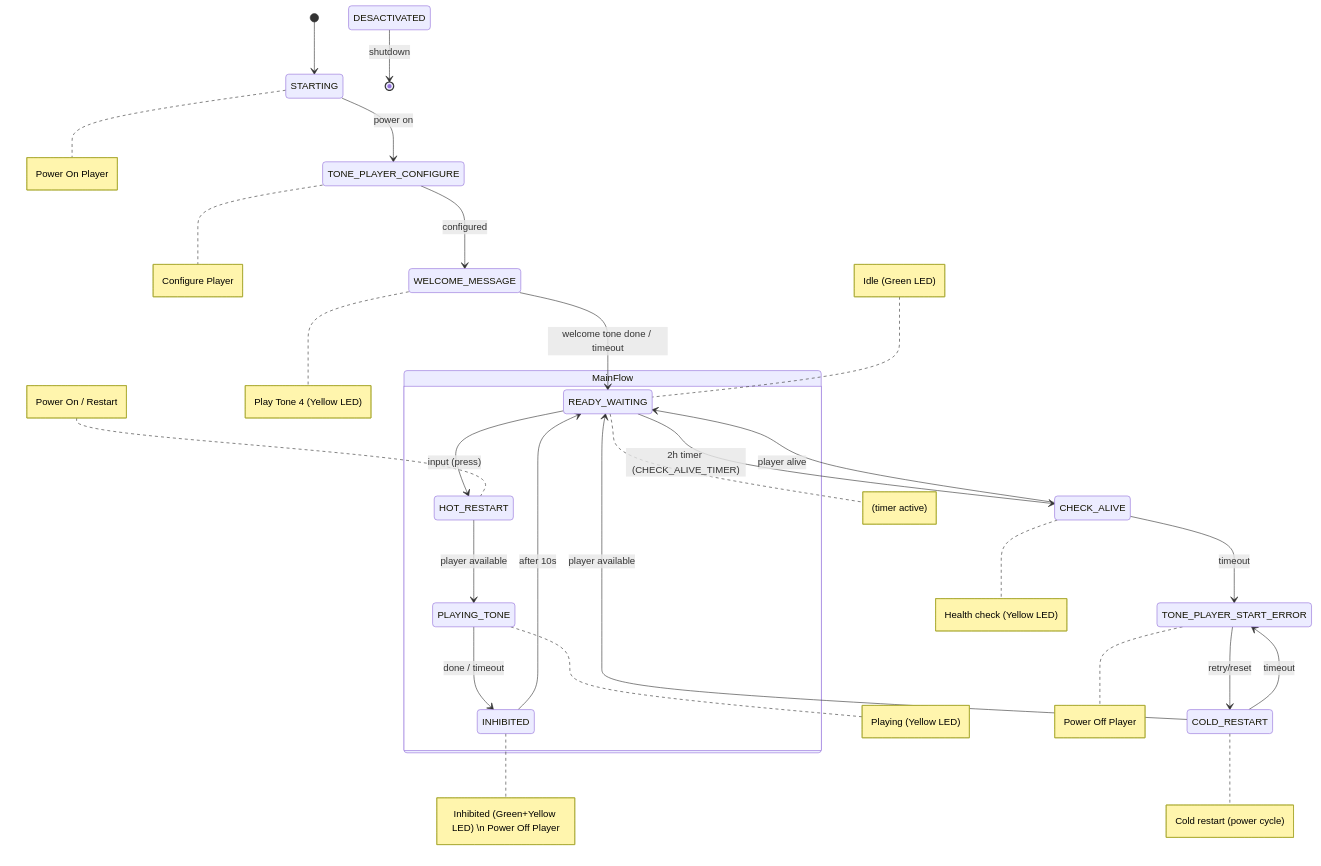
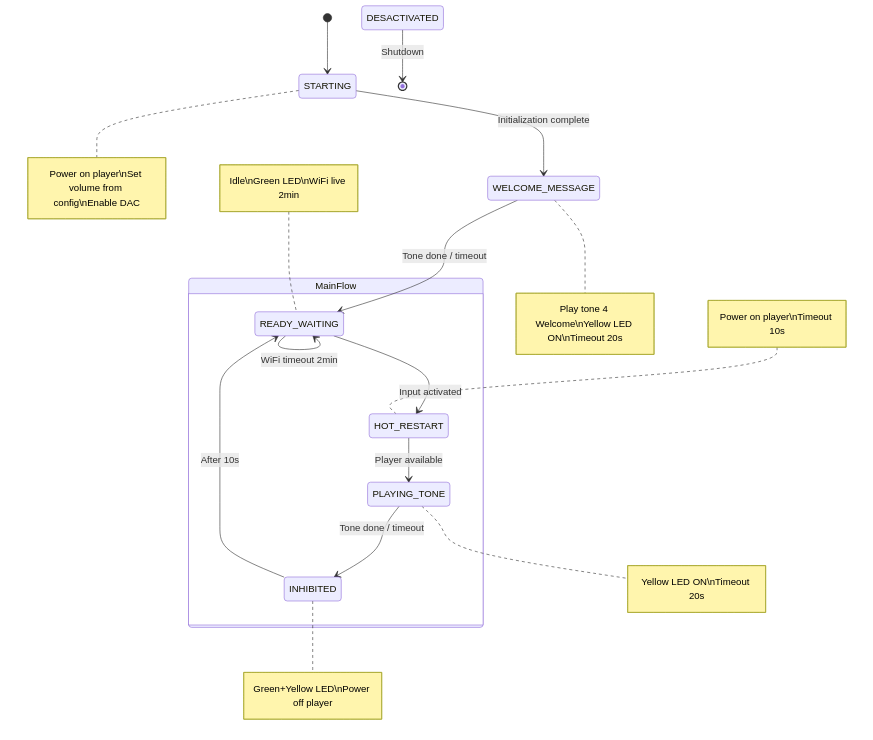
The diagram in doc/state_machine.md (gonervirt/balise_sonore), drawn with Mermaid before and after one commit.

Commit message:
update schema

````diff
--- a/doc/state_machine.md
+++ b/doc/state_machine.md
@@ -3,48 +3,35 @@
 ```mermaid
 stateDiagram-v2
-  direction TB
+    direction TB
 
-  %% Startup
-  [*] --> STARTING
-  STARTING --> TONE_PLAYER_CONFIGURE: power on
-  note right of STARTING: Power On Player
+    %% Startup phase
+    [*] --> STARTING
+    STARTING --> WELCOME_MESSAGE: Initialization complete
+    note right of STARTING: Power on player\nSet volume from config\nEnable DAC
 
-  TONE_PLAYER_CONFIGURE --> WELCOME_MESSAGE: configured
-  note right of TONE_PLAYER_CONFIGURE: Configure Player
+    WELCOME_MESSAGE --> READY_WAITING: Tone done / timeout
+    note right of WELCOME_MESSAGE: Play tone 4 Welcome\nYellow LED ON\nTimeout 20s
 
-  WELCOME_MESSAGE --> READY_WAITING: welcome tone done / timeout
-  note right of WELCOME_MESSAGE: Play Tone 4 (Yellow LED)
+    %% Main vertical flow (center column)
+    state MainFlow {
+        direction TB
 
-  %% Main vertical flow (primary column)
-  state MainFlow {
-    direction TB
-    READY_WAITING --> HOT_RESTART: input (press)
-    note left of READY_WAITING: Idle (Green LED)
+        READY_WAITING --> HOT_RESTART: Input activated
+        note left of READY_WAITING: Idle\nGreen LED\nWiFi live 2min
 
-    HOT_RESTART --> PLAYING_TONE: player available
-    note left of HOT_RESTART: Power On / Restart
+        HOT_RESTART --> PLAYING_TONE: Player available
+        note left of HOT_RESTART: Power on player\nTimeout 10s
 
-    PLAYING_TONE --> INHIBITED: done / timeout
-    note right of PLAYING_TONE: Playing (Yellow LED)
+        PLAYING_TONE --> INHIBITED: Tone done / timeout
+        note right of PLAYING_TONE: Yellow LED ON\nTimeout 20s
 
-    INHIBITED --> READY_WAITING: after 10s
-    note right of INHIBITED: Inhibited (Green+Yellow LED) \n Power Off Player
-  }
+        INHIBITED --> READY_WAITING: After 10s
+        note right of INHIBITED: Green+Yellow LED\nPower off player
+    }
 
-  %% Side flows
-  READY_WAITING --> CHECK_ALIVE: 2h timer (CHECK_ALIVE_TIMER)
-  note right of READY_WAITING: (timer active)
-
-  CHECK_ALIVE --> READY_WAITING: player alive
-  CHECK_ALIVE --> TONE_PLAYER_START_ERROR: timeout
-  note right of CHECK_ALIVE: Health check (Yellow LED)
-
-  TONE_PLAYER_START_ERROR --> COLD_RESTART: retry/reset
-  note right of TONE_PLAYER_START_ERROR: Power Off Player
-
-  COLD_RESTART --> READY_WAITING: player available
-  COLD_RESTART --> TONE_PLAYER_START_ERROR: timeout
-  note right of COLD_RESTART: Cold restart (power cycle)
-
-  DESACTIVATED --> [*]: shutdown
+    %% WiFi management (outside main flow)
+    READY_WAITING --> READY_WAITING: WiFi timeout 2min
+    
+    %% Terminal state
+    DESACTIVATED --> [*]: Shutdown
 ```
````
